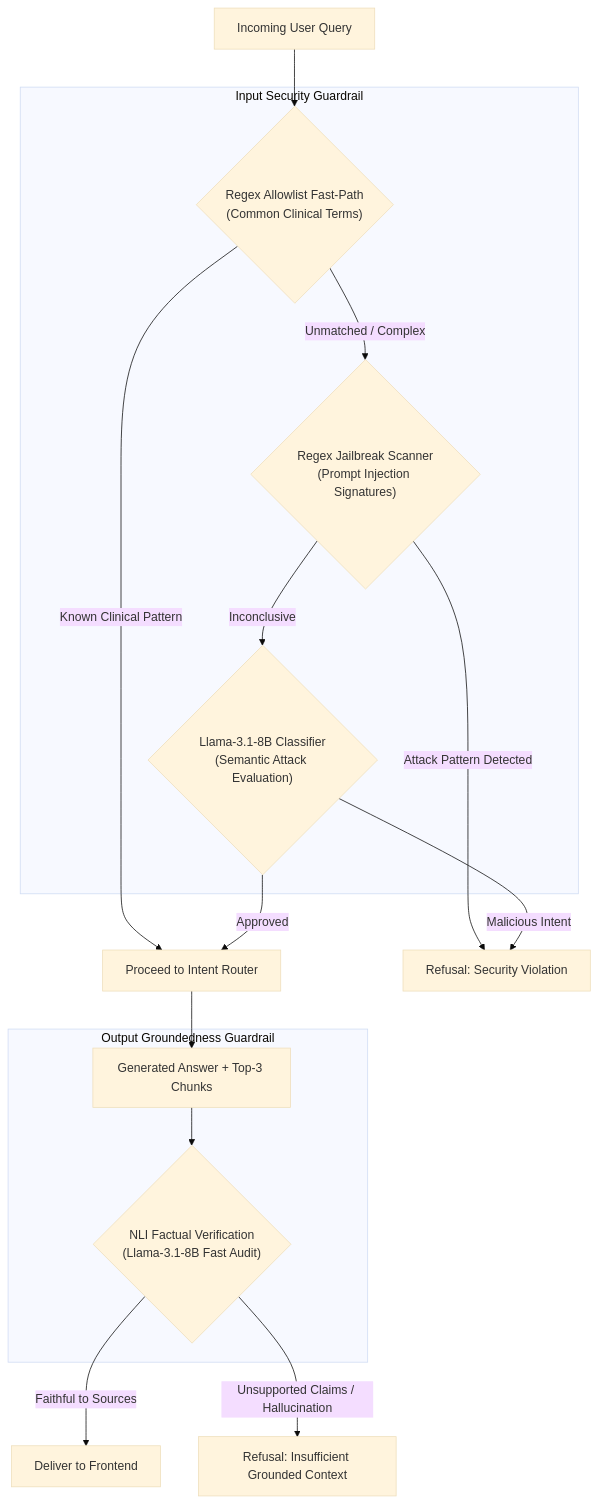
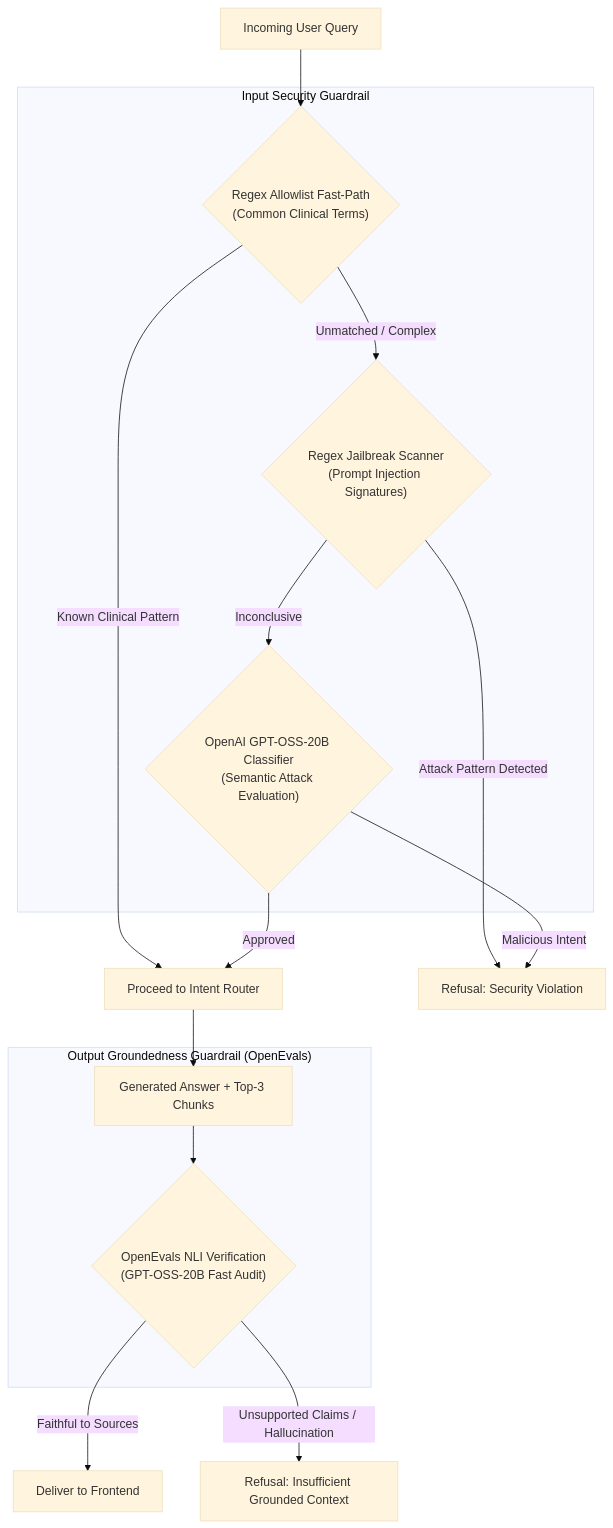
One commit to barbadikaramey-cloud/Mediboat changed the sixth of 7 diagrams in README.md. Above: the diagram before and after it, drawn with Mermaid (base theme). The commit also changed other lines of this file and 3 other files, not shown here.

Commit message:
docs: align model names across Mermaid diagrams, frontend UI, and docstrings with OpenAI GPT-OSS models

````diff
--- a/README.md
+++ b/README.md
@@ -318,28 +318,28 @@
 ```mermaid
 flowchart TD
     Q["Incoming User Query"]
     
     subgraph InputGuardrail["Input Security Guardrail"]
         FP{"Regex Allowlist Fast-Path<br/>(Common Clinical Terms)"}
         RGX{"Regex Jailbreak Scanner<br/>(Prompt Injection Signatures)"}
-        LLM_GUARD{"Llama-3.1-8B Classifier<br/>(Semantic Attack Evaluation)"}
+        LLM_GUARD{"OpenAI GPT-OSS-20B Classifier<br/>(Semantic Attack Evaluation)"}
     end
     
     Q --> FP
     FP -->|Known Clinical Pattern| PASS["Proceed to Intent Router"]
     FP -->|Unmatched / Complex| RGX
     RGX -->|Attack Pattern Detected| BLOCK["Refusal: Security Violation"]
     RGX -->|Inconclusive| LLM_GUARD
     LLM_GUARD -->|Approved| PASS
     LLM_GUARD -->|Malicious Intent| BLOCK
 
-    subgraph OutputGuardrail["Output Groundedness Guardrail"]
+    subgraph OutputGuardrail["Output Groundedness Guardrail (OpenEvals)"]
         GEN["Generated Answer + Top-3 Chunks"]
-        NLI{"NLI Factual Verification<br/>(Llama-3.1-8B Fast Audit)"}
+        NLI{"OpenEvals NLI Verification<br/>(GPT-OSS-20B Fast Audit)"}
     end
     
     PASS --> GEN
     GEN --> NLI
     NLI -->|Faithful to Sources| DELIVER["Deliver to Frontend"]
     NLI -->|Unsupported Claims / Hallucination| FALLBACK["Refusal: Insufficient Grounded Context"]
 ```
````
